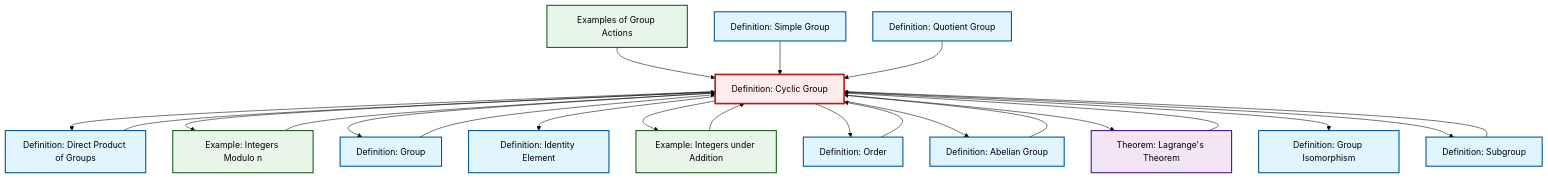
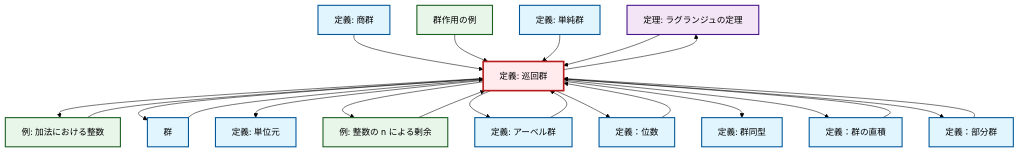
The diagram in content/ja/algebra/def-cyclic-group.qmd (RK0429/ModernMath), drawn with Mermaid (forest theme) before and after one commit. The commit also changed 1069 other files, not shown here.

````diff
--- a/content/ja/algebra/def-cyclic-group.qmd
+++ b/content/ja/algebra/def-cyclic-group.qmd
@@ -102,58 +102,58 @@
 ```{mermaid}
 %%| fig-cap: "Local dependency graph"
 graph TD
     classDef definition fill:#e1f5fe,stroke:#01579b,stroke-width:2px
     classDef theorem fill:#f3e5f5,stroke:#4a148c,stroke-width:2px
     classDef axiom fill:#fff3e0,stroke:#e65100,stroke-width:2px
     classDef example fill:#e8f5e9,stroke:#1b5e20,stroke-width:2px
     classDef current fill:#ffebee,stroke:#b71c1c,stroke-width:3px
-    def-simple-group["Definition: Simple Group"]:::definition
-    def-cyclic-group["Definition: Cyclic Group"]:::definition
-    def-isomorphism["Definition: Group Isomorphism"]:::definition
-    ex-integers-addition["Example: Integers under Addition"]:::example
-    def-group["Definition: Group"]:::definition
-    def-order["Definition: Order"]:::definition
-    thm-lagrange["Theorem: Lagrange's Theorem"]:::theorem
-    def-quotient-group["Definition: Quotient Group"]:::definition
-    def-subgroup["Definition: Subgroup"]:::definition
-    def-direct-product["Definition: Direct Product of Groups"]:::definition
-    def-identity-element["Definition: Identity Element"]:::definition
-    ex-group-action-examples["Examples of Group Actions"]:::example
-    def-abelian-group["Definition: Abelian Group"]:::definition
-    ex-quotient-integers-mod-n["Example: Integers Modulo n"]:::example
-    def-cyclic-group --> def-direct-product
+    thm-lagrange["定理: ラグランジュの定理"]:::theorem
+    def-cyclic-group["定義: 巡回群"]:::definition
+    def-isomorphism["定義: 群同型"]:::definition
+    def-order["定義：位数"]:::definition
+    def-direct-product["定義：群の直積"]:::definition
+    def-subgroup["定義：部分群"]:::definition
+    ex-integers-addition["例: 加法における整数"]:::example
+    ex-group-action-examples["群作用の例"]:::example
+    def-identity-element["定義: 単位元"]:::definition
+    def-abelian-group["定義: アーベル群"]:::definition
+    ex-quotient-integers-mod-n["例: 整数の n による剰余"]:::example
+    def-quotient-group["定義: 商群"]:::definition
+    def-simple-group["定義: 単純群"]:::definition
+    def-group["群"]:::definition
+    def-subgroup --> def-cyclic-group
+    def-cyclic-group --> ex-integers-addition
+    def-cyclic-group --> def-group
+    def-cyclic-group --> thm-lagrange
+    def-direct-product --> def-cyclic-group
+    def-cyclic-group --> def-identity-element
+    def-cyclic-group --> ex-quotient-integers-mod-n
+    def-quotient-group --> def-cyclic-group
+    def-cyclic-group --> def-abelian-group
+    def-order --> def-cyclic-group
     def-group --> def-cyclic-group
     ex-group-action-examples --> def-cyclic-group
     ex-quotient-integers-mod-n --> def-cyclic-group
-    def-direct-product --> def-cyclic-group
-    def-cyclic-group --> ex-quotient-integers-mod-n
-    def-subgroup --> def-cyclic-group
-    def-cyclic-group --> def-group
-    def-cyclic-group --> def-identity-element
-    def-cyclic-group --> ex-integers-addition
+    def-abelian-group --> def-cyclic-group
     def-cyclic-group --> def-order
-    def-abelian-group --> def-cyclic-group
-    def-cyclic-group --> def-abelian-group
+    ex-integers-addition --> def-cyclic-group
+    def-cyclic-group --> def-isomorphism
     def-simple-group --> def-cyclic-group
-    def-cyclic-group --> thm-lagrange
-    ex-integers-addition --> def-cyclic-group
-    def-quotient-group --> def-cyclic-group
     thm-lagrange --> def-cyclic-group
-    def-cyclic-group --> def-isomorphism
+    def-cyclic-group --> def-direct-product
     def-cyclic-group --> def-subgroup
-    def-order --> def-cyclic-group
     class def-cyclic-group current
-    click def-simple-group "def-simple-group.html" "Definition: Simple Groupへ"
-    click def-isomorphism "def-isomorphism.html" "Definition: Group Isomorphismへ"
-    click ex-integers-addition "ex-integers-addition.html" "Example: Integers under Additionへ"
-    click def-group "def-group.html" "Definition: Groupへ"
-    click def-order "def-order.html" "Definition: Orderへ"
-    click thm-lagrange "thm-lagrange.html" "Theorem: Lagrange's Theoremへ"
-    click def-quotient-group "def-quotient-group.html" "Definition: Quotient Groupへ"
-    click def-subgroup "def-subgroup.html" "Definition: Subgroupへ"
-    click def-direct-product "def-direct-product.html" "Definition: Direct Product of Groupsへ"
-    click def-identity-element "def-identity-element.html" "Definition: Identity Elementへ"
-    click ex-group-action-examples "ex-group-action-examples.html" "Examples of Group Actionsへ"
-    click def-abelian-group "def-abelian-group.html" "Definition: Abelian Groupへ"
-    click ex-quotient-integers-mod-n "ex-quotient-integers-mod-n.html" "Example: Integers Modulo nへ"
+    click thm-lagrange "thm-lagrange.html" "ラグランジュの定理の定理へ"
+    click def-isomorphism "def-isomorphism.html" "群同型の定義へ"
+    click def-order "def-order.html" "定義：位数へ"
+    click def-direct-product "def-direct-product.html" "定義：群の直積へ"
+    click def-subgroup "def-subgroup.html" "定義：部分群へ"
+    click ex-integers-addition "ex-integers-addition.html" "加法における整数の例へ"
+    click ex-group-action-examples "ex-group-action-examples.html" "群作用の例へ"
+    click def-identity-element "def-identity-element.html" "単位元の定義へ"
+    click def-abelian-group "def-abelian-group.html" "アーベル群の定義へ"
+    click ex-quotient-integers-mod-n "ex-quotient-integers-mod-n.html" "整数の n による剰余の例へ"
+    click def-quotient-group "def-quotient-group.html" "商群の定義へ"
+    click def-simple-group "def-simple-group.html" "単純群の定義へ"
+    click def-group "def-group.html" "群へ"
 ```
````
